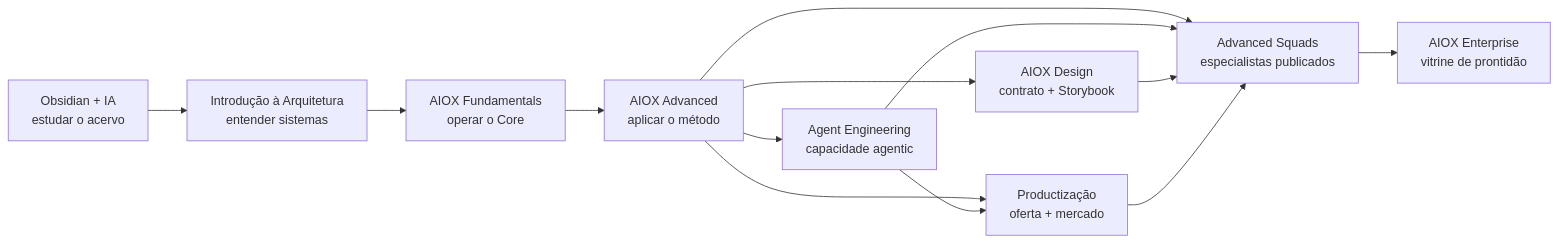
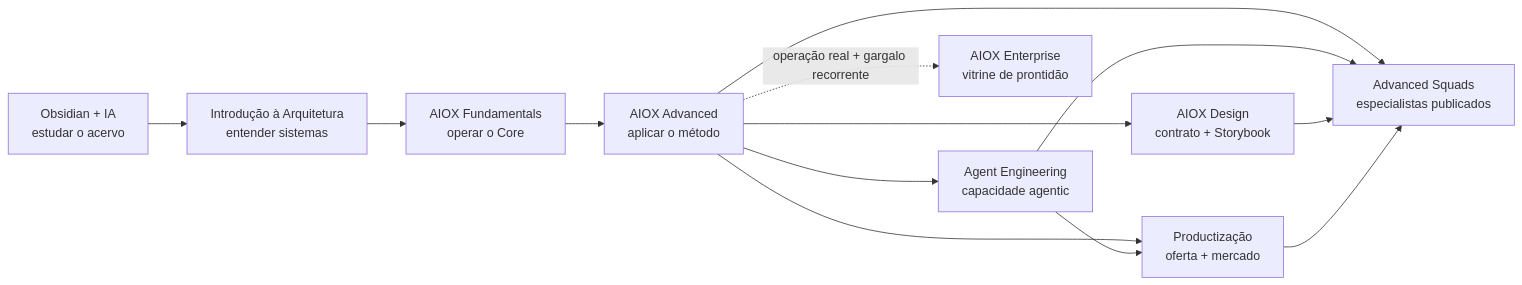
The diagram in JORNADA-AIOX.md (CALLBACK-Online/aiox-advanced-brain), drawn with Mermaid before and after one commit. The commit also changed other lines of this file and 39 other files, not shown here.

First line of the commit message:
feat(cursos): adicionar preview de prontidão Enterprise

````diff
--- a/JORNADA-AIOX.md
+++ b/JORNADA-AIOX.md
@@ -20,15 +20,15 @@
 ```mermaid
 flowchart LR
     O["Obsidian + IA<br/>estudar o acervo"] --> A["Introdução à Arquitetura<br/>entender sistemas"]
     A --> F["AIOX Fundamentals<br/>operar o Core"]
     F --> X["AIOX Advanced<br/>aplicar o método"]
     X --> S["Advanced Squads<br/>especialistas publicados"]
     X --> E["Agent Engineering<br/>capacidade agentic"]
     X --> D["AIOX Design<br/>contrato + Storybook"]
     X --> P["Productização<br/>oferta + mercado"]
     E --> P
     E --> S
     D --> S
     P --> S
-    S --> Q["AIOX Enterprise<br/>vitrine de prontidão"]
+    X -. "operação real + gargalo recorrente" .-> Q["AIOX Enterprise<br/>vitrine de prontidão"]
 ```
````
